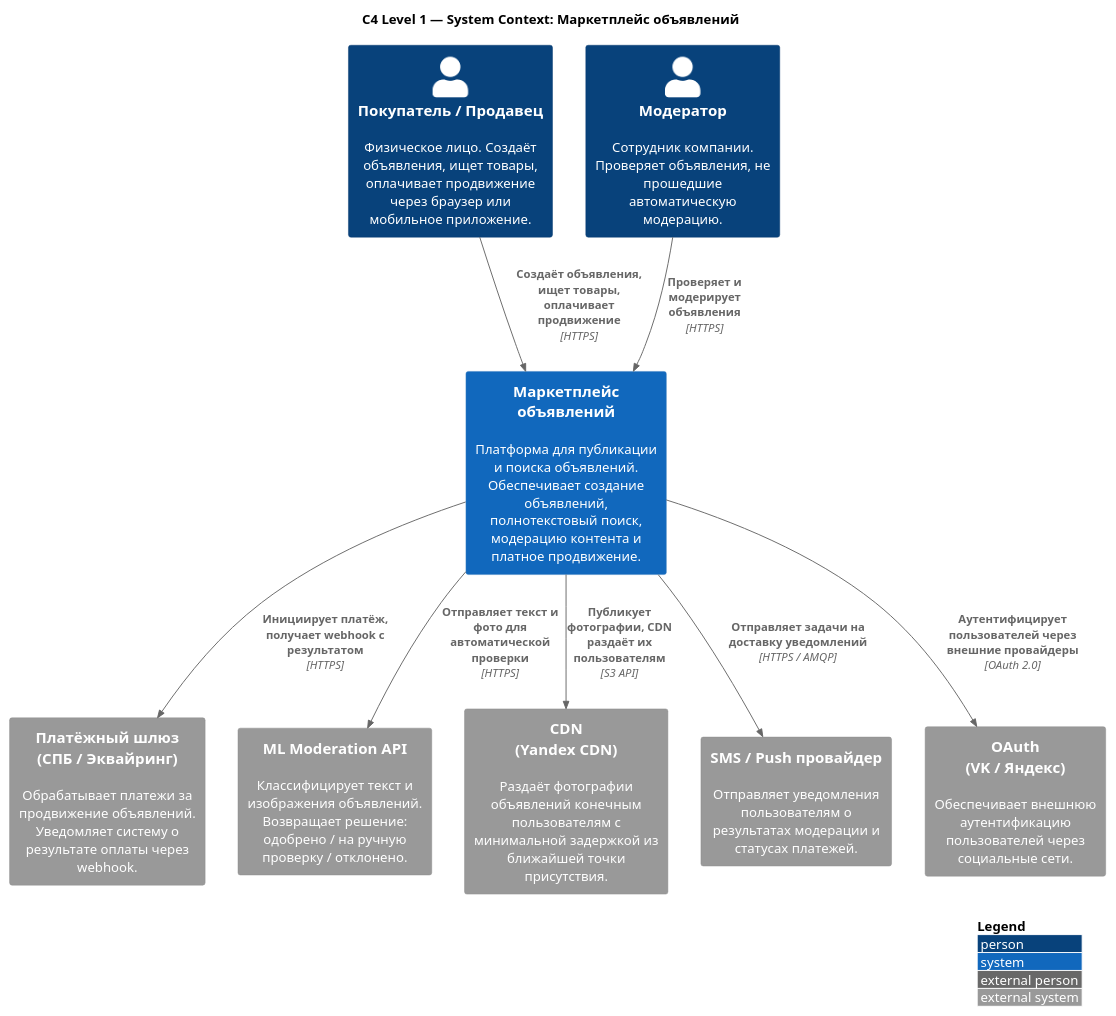
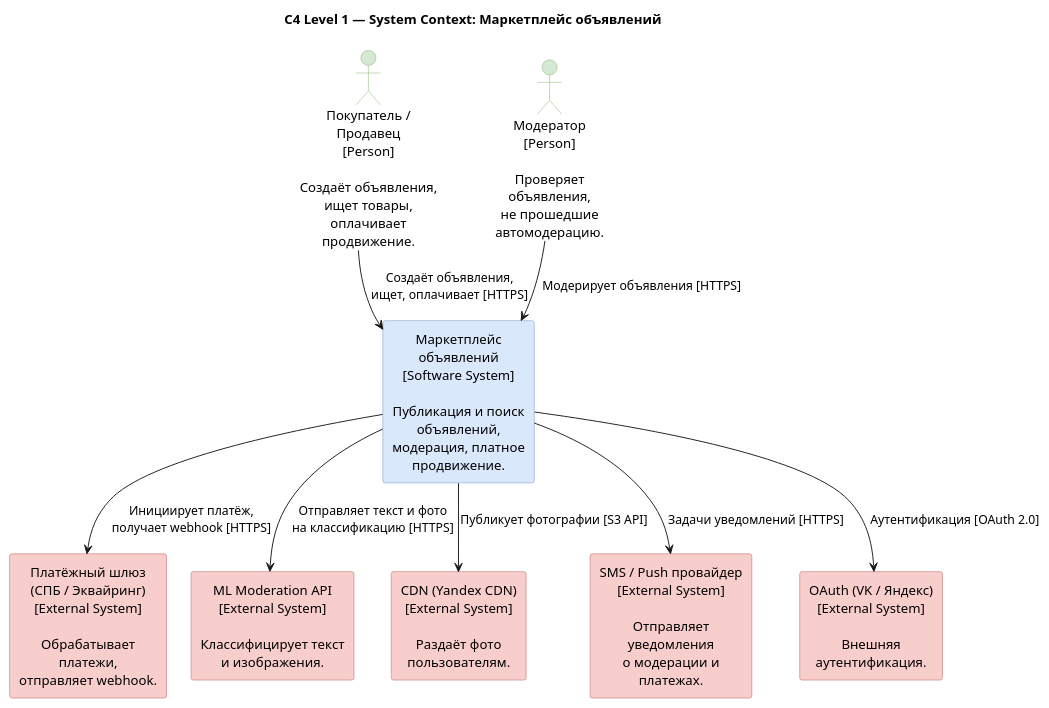
The diagram in docs/diagrams/c4-context.puml (vitaliysev/highload), drawn with PlantUML before and after one commit. The commit also changed 4 other files, not shown here.

```diff
--- a/docs/diagrams/c4-context.puml
+++ b/docs/diagrams/c4-context.puml
@@ -1,29 +1,43 @@
 @startuml C4_Context
-
-!include https://raw.githubusercontent.com/plantuml-stdlib/C4-PlantUML/master/C4_Context.puml
-
-LAYOUT_WITH_LEGEND()
+!pragma layout smetana
 
 title C4 Level 1 — System Context: Маркетплейс объявлений
 
-Person(buyer_seller, "Покупатель / Продавец", "Физическое лицо. Создаёт объявления, ищет товары, оплачивает продвижение через браузер или мобильное приложение.")
-Person(moderator, "Модератор", "Сотрудник компании. Проверяет объявления, не прошедшие автоматическую модерацию.")
+skinparam defaultTextAlignment center
+skinparam wrapWidth 160
+skinparam componentStyle rectangle
 
-System(marketplace, "Маркетплейс объявлений", "Платформа для публикации и поиска объявлений. Обеспечивает создание объявлений, полнотекстовый поиск, модерацию контента и платное продвижение.")
+skinparam actor {
+    BackgroundColor #d5e8d4
+    BorderColor #82b366
+}
+skinparam component {
+    BackgroundColor #dae8fc
+    BorderColor #6c8ebf
+}
+skinparam rectangle {
+    BackgroundColor #f8cecc
+    BorderColor #b85450
+}
 
-System_Ext(payment_gateway, "Платёжный шлюз\n(СПБ / Эквайринг)", "Обрабатывает платежи за продвижение объявлений. Уведомляет систему о результате оплаты через webhook.")
-System_Ext(ml_moderation, "ML Moderation API", "Классифицирует текст и изображения объявлений. Возвращает решение: одобрено / на ручную проверку / отклонено.")
-System_Ext(cdn, "CDN\n(Yandex CDN)", "Раздаёт фотографии объявлений конечным пользователям с минимальной задержкой из ближайшей точки присутствия.")
-System_Ext(sms_push, "SMS / Push провайдер", "Отправляет уведомления пользователям о результатах модерации и статусах платежей.")
-System_Ext(oauth, "OAuth\n(VK / Яндекс)", "Обеспечивает внешнюю аутентификацию пользователей через социальные сети.")
+actor "Покупатель / Продавец\n[Person]\n\nСоздаёт объявления, ищет товары,\nоплачивает продвижение." as buyer
+actor "Модератор\n[Person]\n\nПроверяет объявления,\nне прошедшие автомодерацию." as moderator
 
-Rel(buyer_seller, marketplace, "Создаёт объявления, ищет товары, оплачивает продвижение", "HTTPS")
-Rel(moderator, marketplace, "Проверяет и модерирует объявления", "HTTPS")
+component "Маркетплейс объявлений\n[Software System]\n\nПубликация и поиск объявлений,\nмодерация, платное продвижение." as marketplace
 
-Rel(marketplace, payment_gateway, "Инициирует платёж, получает webhook с результатом", "HTTPS")
-Rel(marketplace, ml_moderation, "Отправляет текст и фото для автоматической проверки", "HTTPS")
-Rel(marketplace, cdn, "Публикует фотографии, CDN раздаёт их пользователям", "S3 API")
-Rel(marketplace, sms_push, "Отправляет задачи на доставку уведомлений", "HTTPS / AMQP")
-Rel(marketplace, oauth, "Аутентифицирует пользователей через внешние провайдеры", "OAuth 2.0")
+rectangle "Платёжный шлюз\n(СПБ / Эквайринг)\n[External System]\n\nОбрабатывает платежи,\nотправляет webhook." as payment_gw
+rectangle "ML Moderation API\n[External System]\n\nКлассифицирует текст\nи изображения." as ml_api
+rectangle "CDN (Yandex CDN)\n[External System]\n\nРаздаёт фото пользователям." as cdn
+rectangle "SMS / Push провайдер\n[External System]\n\nОтправляет уведомления\nо модерации и платежах." as sms
+rectangle "OAuth (VK / Яндекс)\n[External System]\n\nВнешняя аутентификация." as oauth
+
+buyer --> marketplace : "Создаёт объявления,\nищет, оплачивает [HTTPS]"
+moderator --> marketplace : "Модерирует объявления [HTTPS]"
+
+marketplace --> payment_gw : "Инициирует платёж,\nполучает webhook [HTTPS]"
+marketplace --> ml_api : "Отправляет текст и фото\nна классификацию [HTTPS]"
+marketplace --> cdn : "Публикует фотографии [S3 API]"
+marketplace --> sms : "Задачи уведомлений [HTTPS]"
+marketplace --> oauth : "Аутентификация [OAuth 2.0]"
 
 @enduml
```
